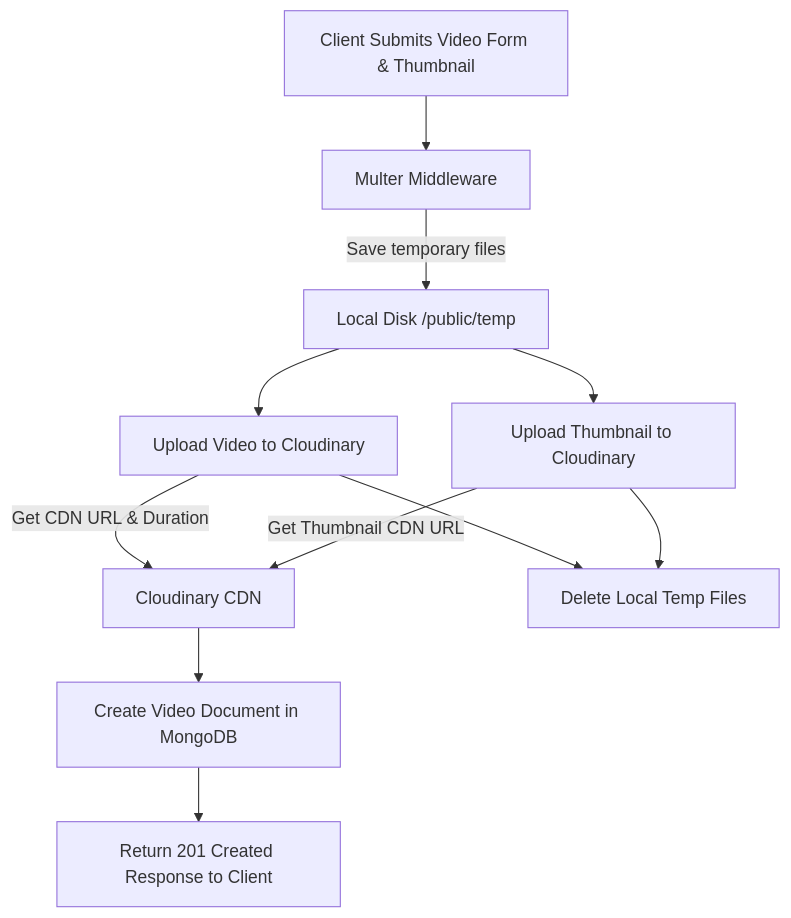
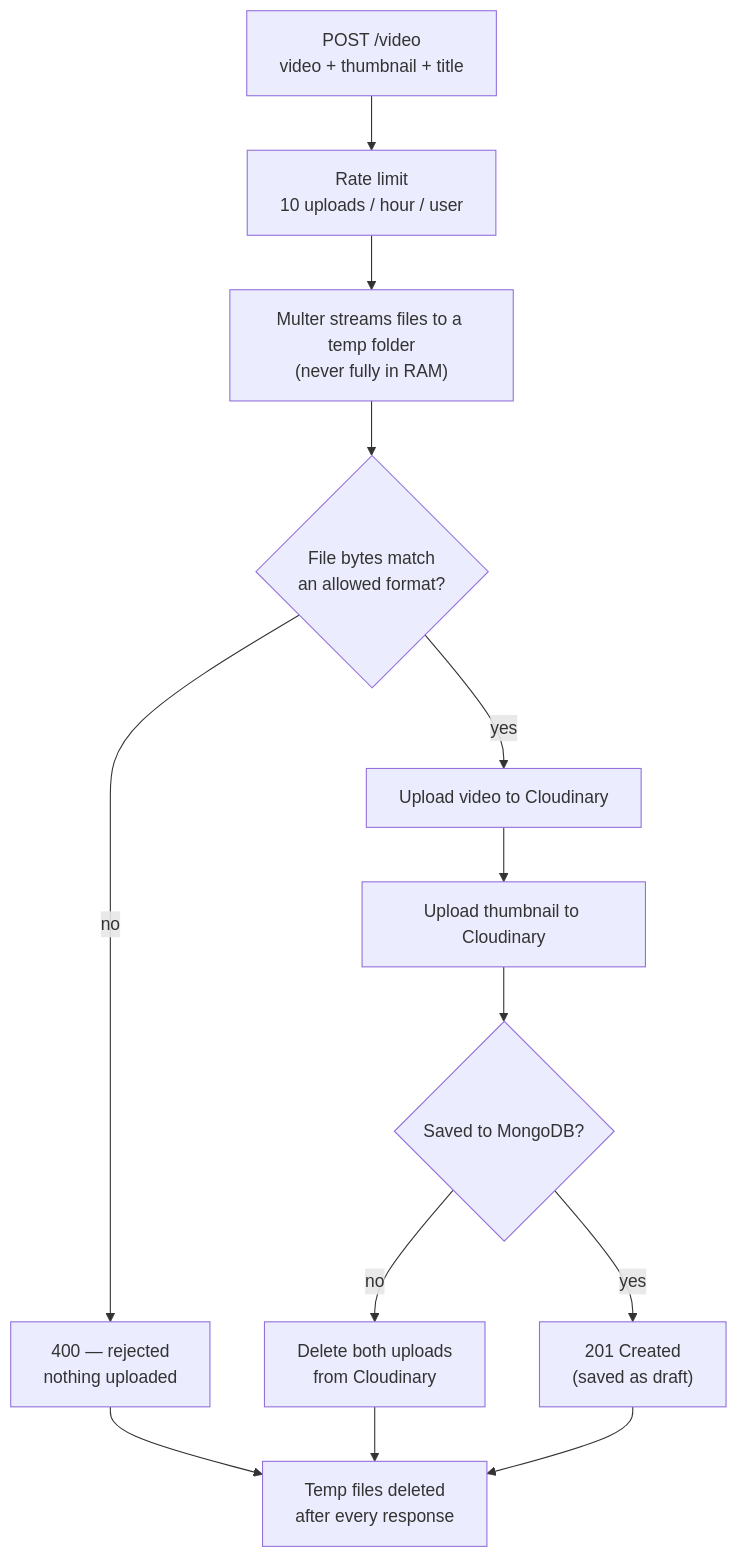
One commit to vikrant48/Video_Mela_backend changed the fifth of 6 diagrams in README.md. Above: the diagram before and after it, drawn with Mermaid. The commit also changed other lines of this file, not shown here.

First line of the commit message:
docs: rewrite README with architecture, flows and security overview

````diff
--- a/README.md
+++ b/README.md
@@ -163,13 +143,15 @@
 ```mermaid
 flowchart TD
-    A[Client Submits Video Form & Thumbnail] --> B[Multer Middleware]
-    B -->|Save temporary files| C[Local Disk /public/temp]
-    C --> D[Upload Video to Cloudinary]
-    C --> E[Upload Thumbnail to Cloudinary]
-    D -->|Get CDN URL & Duration| F[Cloudinary CDN]
-    E -->|Get Thumbnail CDN URL| F
-    D --> G[Delete Local Temp Files]
-    E --> G
-    F --> H[Create Video Document in MongoDB]
-    H --> I[Return 201 Created Response to Client]
+    A["POST /video<br/>video + thumbnail + title"] --> B["Rate limit<br/>10 uploads / hour / user"]
+    B --> C["Multer streams files to a temp folder<br/>(never fully in RAM)"]
+    C --> D{"File bytes match<br/>an allowed format?"}
+    D -->|no| X["400 — rejected<br/>nothing uploaded"]
+    D -->|yes| E["Upload video to Cloudinary"]
+    E --> F["Upload thumbnail to Cloudinary"]
+    F --> G{"Saved to MongoDB?"}
+    G -->|no| R["Delete both uploads<br/>from Cloudinary"]
+    G -->|yes| OK["201 Created<br/>(saved as draft)"]
+    X --> T["Temp files deleted<br/>after every response"]
+    R --> T
+    OK --> T
 ```
````
